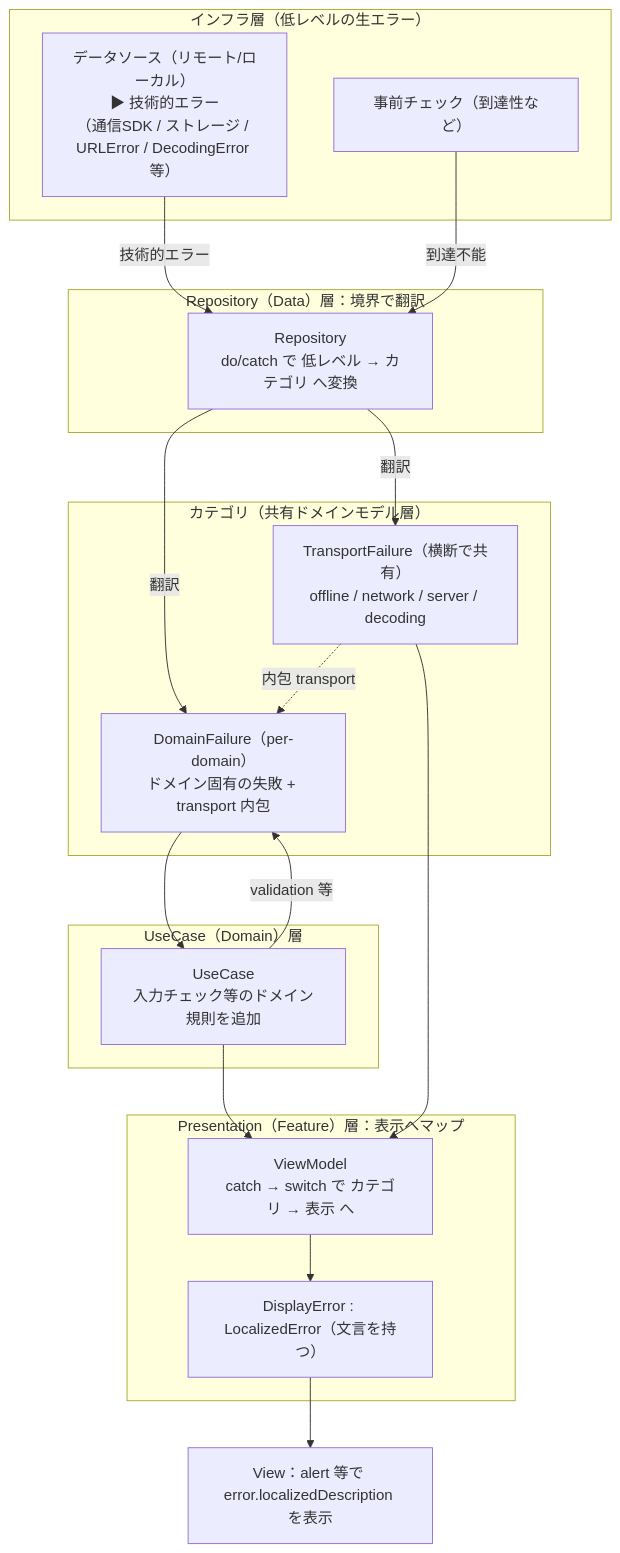
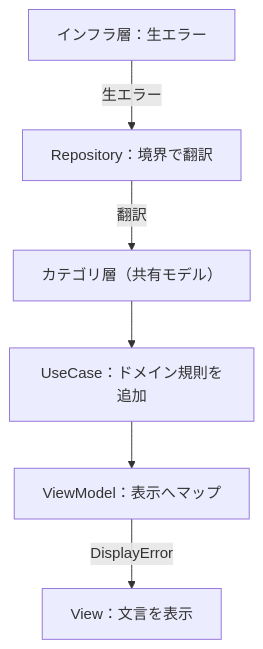
Before and after one commit to HiroshiOshiro/iOS-POC-2: the diagram in docs/ERROR_HANDLING.md, drawn with Mermaid. The commit also changed other lines of this file, not shown here.

Commit message:
Simplify Mermaid diagram in ERROR_HANDLING.md
Reduce to a 6-node linear flow; move branching detail (transport
embedding, per-domain vs shared) into prose.

````diff
--- a/docs/ERROR_HANDLING.md
+++ b/docs/ERROR_HANDLING.md
@@ -12,37 +12,14 @@
 ```mermaid
 flowchart TD
-    subgraph L1["インフラ層（低レベルの生エラー）"]
-        DS["データソース（リモート/ローカル）<br/>▶ 技術的エラー<br/>（通信SDK / ストレージ / URLError / DecodingError 等）"]
-        PRE["事前チェック（到達性など）"]
-    end
+    DS["インフラ層：生エラー"]
+    REPO["Repository：境界で翻訳"]
+    CAT["カテゴリ層（共有モデル）"]
+    UC["UseCase：ドメイン規則を追加"]
+    VM["ViewModel：表示へマップ"]
+    V["View：文言を表示"]
 
-    subgraph L2["Repository（Data）層：境界で翻訳"]
-        REPO["Repository<br/>do/catch で 低レベル → カテゴリ へ変換"]
-    end
-
-    subgraph L3["カテゴリ（共有ドメインモデル層）"]
-        DF["DomainFailure（per-domain）<br/>ドメイン固有の失敗 + transport 内包"]
-        TF["TransportFailure（横断で共有）<br/>offline / network / server / decoding"]
-    end
-
-    subgraph L4["UseCase（Domain）層"]
-        UC["UseCase<br/>入力チェック等のドメイン規則を追加"]
-    end
-
-    subgraph L5["Presentation（Feature）層：表示へマップ"]
-        VM["ViewModel<br/>catch → switch で カテゴリ → 表示 へ"]
-        DE["DisplayError : LocalizedError（文言を持つ）"]
-    end
-
-    V["View：alert 等で error.localizedDescription を表示"]
-
-    DS -->|"技術的エラー"| REPO
-    PRE -->|"到達不能"| REPO
-    REPO -->|"翻訳"| DF
-    REPO -->|"翻訳"| TF
-    UC -->|"validation 等"| DF
-    TF -.->|"内包 transport"| DF
-    DF --> UC --> VM
-    TF --> VM
-    VM --> DE --> V
+    DS -->|"生エラー"| REPO
+    REPO -->|"翻訳"| CAT
+    CAT --> UC --> VM
+    VM -->|"DisplayError"| V
 ```
````
